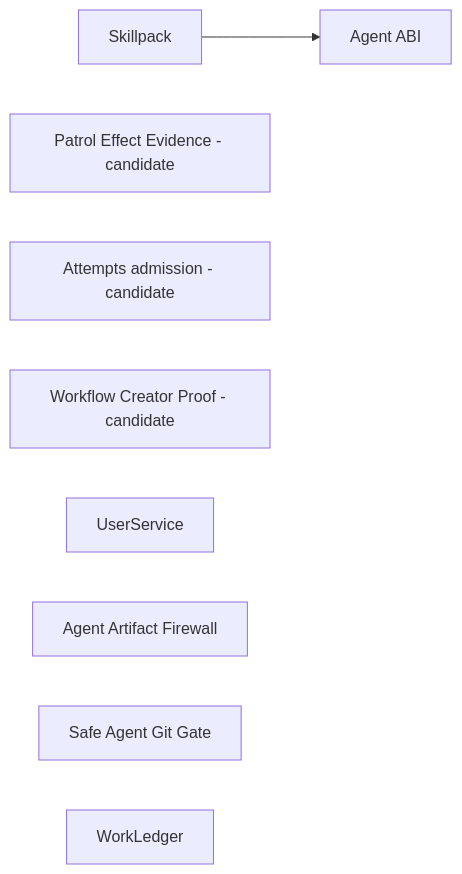
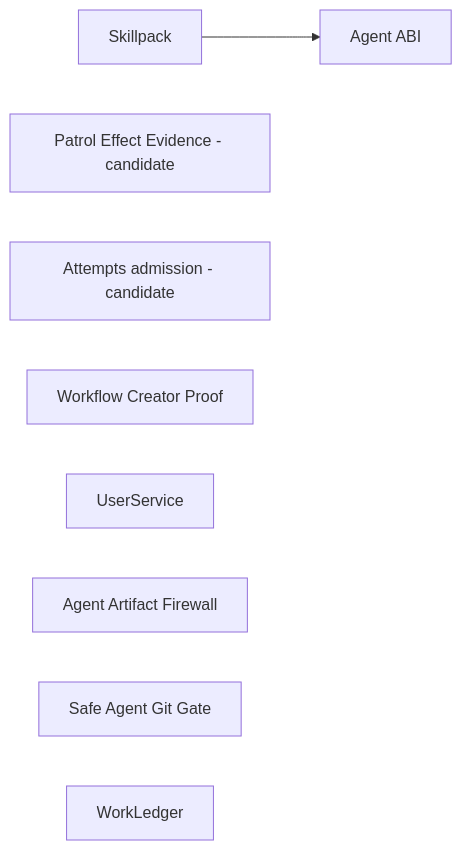
The diagram in wiki/component-boundaries.md (ivankuznetsov/hive), drawn with Mermaid before and after one commit. The commit also changed other lines of this file and 17 other files, not shown here.

Commit message:
fix(proof): close creator final review gaps

````diff
--- a/wiki/component-boundaries.md
+++ b/wiki/component-boundaries.md
@@ -49,11 +48,11 @@
 ```mermaid
 flowchart LR
   skillpack[Skillpack] --> agent_abi[Agent ABI]
   patrol_effects[Patrol Effect Evidence - candidate]
   attempts[Attempts admission - candidate]
-  workflow_creator[Workflow Creator Proof - candidate]
+  workflow_creator[Workflow Creator Proof]
   user_service[UserService]
   artifact_firewall[Agent Artifact Firewall]
   git_gate[Safe Agent Git Gate]
   work_ledger[WorkLedger]
 ```
````
